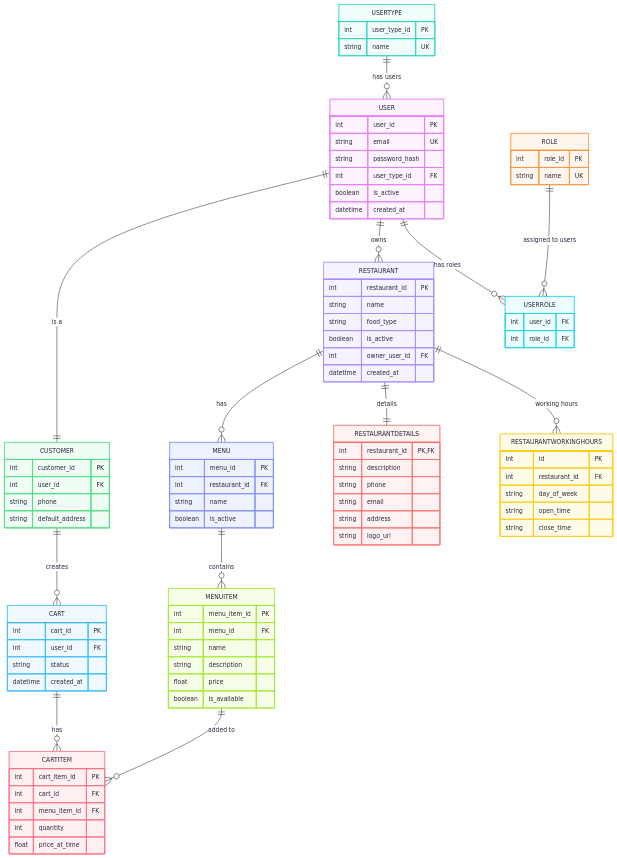
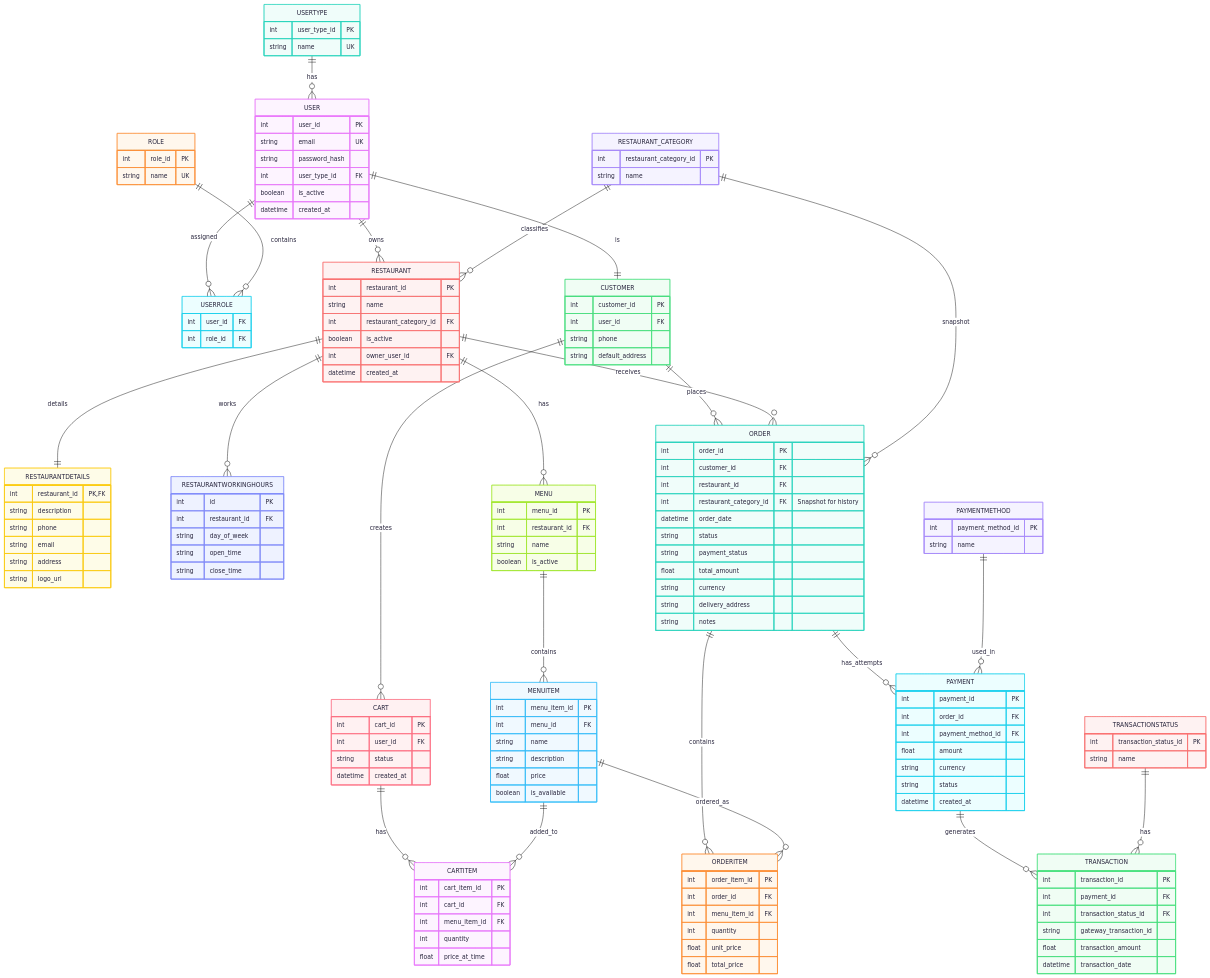
The third of 3 diagrams in README.md (Moaz-ashraf1/Food-Delivery-System), drawn with Mermaid before and after one commit. The commit also changed other lines of this file, not shown here.

Commit message:
Add restaurant categories and payment structures

````diff
--- a/README.md
+++ b/README.md
@@ -936,40 +946,52 @@
         boolean is_active
         datetime created_at
     }
+
     USERTYPE {
         int user_type_id PK
         string name UK
     }
+
     ROLE {
         int role_id PK
         string name UK
     }
+
     USERROLE {
         int user_id FK
         int role_id FK
     }
+
     CUSTOMER {
         int customer_id PK
         int user_id FK
         string phone
         string default_address
     }
+
+    RESTAURANT_CATEGORY {
+        int restaurant_category_id PK
+        string name
+    }
+
     RESTAURANT {
         int restaurant_id PK
         string name
-        string food_type
+        int restaurant_category_id FK
         boolean is_active
         int owner_user_id FK
         datetime created_at
     }
+
     RESTAURANTDETAILS {
-        int restaurant_id PK,FK
+        int restaurant_id PK, FK
         string description
         string phone
         string email
         string address
         string logo_url
     }
+
     RESTAURANTWORKINGHOURS {
         int id PK
         int restaurant_id FK
@@ -977,12 +999,14 @@
         string open_time
         string close_time
     }
+
     MENU {
         int menu_id PK
         int restaurant_id FK
         string name
         boolean is_active
     }
+
     MENUITEM {
         int menu_item_id PK
         int menu_id FK
@@ -991,12 +1015,14 @@
         float price
         boolean is_available
     }
+
     CART {
         int cart_id PK
         int user_id FK
         string status
         datetime created_at
     }
+
     CARTITEM {
         int cart_item_id PK
         int cart_id FK
@@ -1004,16 +1030,87 @@
         int quantity
         float price_at_time
     }
-USERTYPE ||--o{ USER : "has users"
-    USER ||--|| CUSTOMER : "is a"
-     USER ||--o{ RESTAURANT : "owns"
-CUSTOMER ||--o{ CART : "creates"
-USER ||--o{ USERROLE : "has roles"
-ROLE ||--o{ USERROLE : "assigned to users"
-    RESTAURANT ||--o{ MENU : "has"
-   RESTAURANT ||--|| RESTAURANTDETAILS : "details"
-RESTAURANT ||--o{ RESTAURANTWORKINGHOURS : "working hours"
-    MENU ||--o{ MENUITEM : "contains"
-    CART ||--o{ CARTITEM : "has"
-    MENUITEM ||--o{ CARTITEM : "added to"
+
+    ORDER {
+        int order_id PK
+        int customer_id FK
+        int restaurant_id FK
+        int restaurant_category_id FK "Snapshot for history"
+        datetime order_date
+        string status
+        string payment_status
+        float total_amount
+        string currency
+        string delivery_address
+        string notes
+    }
+
+    ORDERITEM {
+        int order_item_id PK
+        int order_id FK
+        int menu_item_id FK
+        int quantity
+        float unit_price
+        float total_price
+    }
+
+    PAYMENT {
+        int payment_id PK
+        int order_id FK
+        int payment_method_id FK
+        float amount
+        string currency
+        string status
+        datetime created_at
+    }
+
+    TRANSACTION {
+        int transaction_id PK
+        int payment_id FK
+        int transaction_status_id FK
+        string gateway_transaction_id
+        float transaction_amount
+        datetime transaction_date
+    }
+
+    PAYMENTMETHOD {
+        int payment_method_id PK
+        string name
+    }
+
+    TRANSACTIONSTATUS {
+        int transaction_status_id PK
+        string name
+    }
+
+    USERTYPE ||--o{ USER : has
+    USER ||--o{ USERROLE : assigned
+    ROLE ||--o{ USERROLE : contains
+
+    USER ||--|| CUSTOMER : is
+    USER ||--o{ RESTAURANT : owns
+
+    CUSTOMER ||--o{ CART : creates
+    CART ||--o{ CARTITEM : has
+    MENUITEM ||--o{ CARTITEM : added_to
+
+    RESTAURANT_CATEGORY ||--o{ RESTAURANT : classifies
+    RESTAURANT ||--o{ MENU : has
+    MENU ||--o{ MENUITEM : contains
+
+    RESTAURANT ||--|| RESTAURANTDETAILS : details
+    RESTAURANT ||--o{ RESTAURANTWORKINGHOURS : works
+
+    CUSTOMER ||--o{ ORDER : places
+    RESTAURANT ||--o{ ORDER : receives
+    RESTAURANT_CATEGORY ||--o{ ORDER : snapshot
+
+    ORDER ||--o{ ORDERITEM : contains
+    MENUITEM ||--o{ ORDERITEM : ordered_as
+
+    ORDER ||--o{ PAYMENT : has_attempts
+    PAYMENTMETHOD ||--o{ PAYMENT : used_in
+
+    PAYMENT ||--o{ TRANSACTION : generates
+    TRANSACTIONSTATUS ||--o{ TRANSACTION : has
 ```
````
